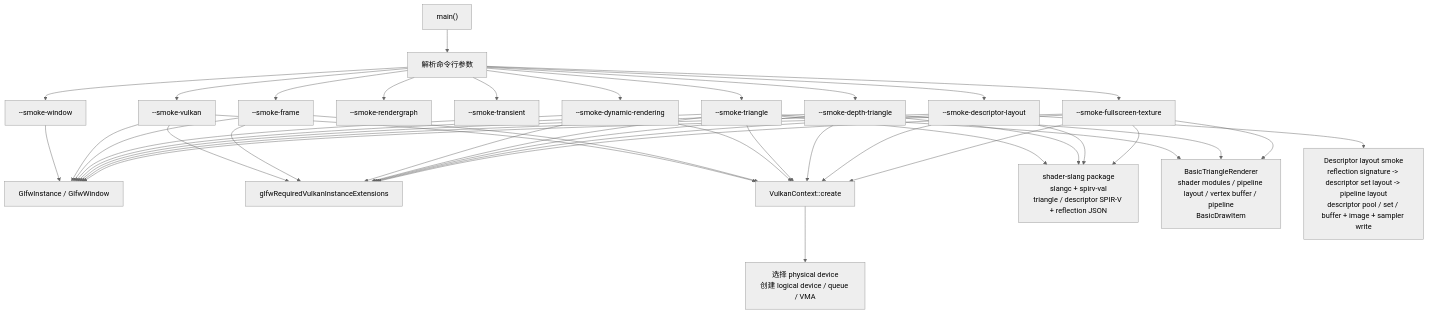
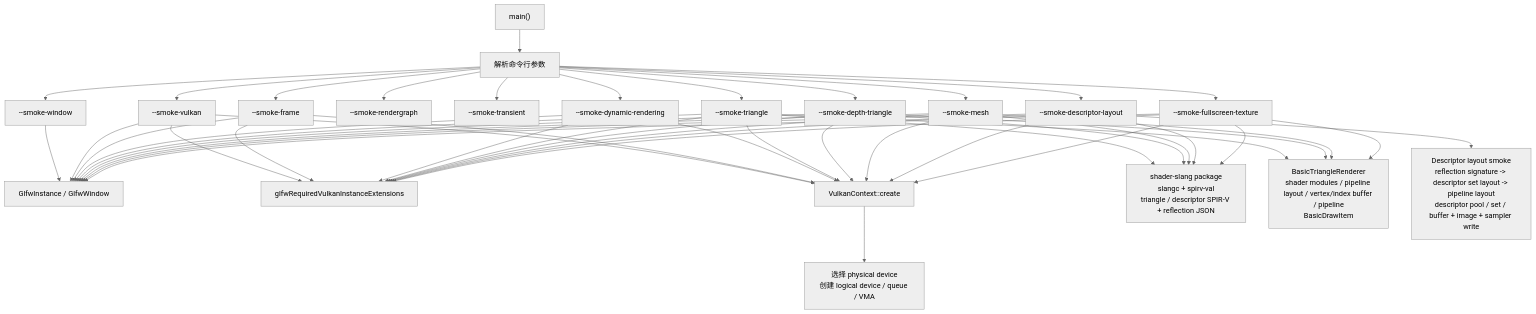
Before and after one commit to 66six11/Engine: the third of 14 diagrams in docs/flow-architecture.md, drawn with Mermaid (neutral theme). The commit also changed other lines of this file and 5 other files, not shown here.

Commit message:
feat: add indexed mesh smoke

````diff
--- a/docs/flow-architecture.md
+++ b/docs/flow-architecture.md
@@ -106,65 +106,72 @@
 ```mermaid
 flowchart TD
     Start["main()"]
     Args["解析命令行参数"]
     WindowSmoke["--smoke-window"]
     VulkanSmoke["--smoke-vulkan"]
     FrameSmoke["--smoke-frame"]
     RGSmoke["--smoke-rendergraph"]
     TransientSmoke["--smoke-transient"]
     DynamicSmoke["--smoke-dynamic-rendering"]
     TriangleSmoke["--smoke-triangle"]
     DepthTriangleSmoke["--smoke-depth-triangle"]
+    MeshSmoke["--smoke-mesh"]
     DescriptorSmoke["--smoke-descriptor-layout"]
     FullscreenTextureSmoke["--smoke-fullscreen-texture"]
     GLFW["GlfwInstance / GlfwWindow"]
     Ext["glfwRequiredVulkanInstanceExtensions"]
     Context["VulkanContext::create"]
     Device["选择 physical device<br/>创建 logical device / queue / VMA"]
     ShaderBuild["shader-slang package<br/>slangc + spirv-val<br/>triangle / descriptor SPIR-V + reflection JSON"]
-    RendererObject["BasicTriangleRenderer<br/>shader modules / pipeline layout / vertex buffer / pipeline<br/>BasicDrawItem"]
+    RendererObject["BasicTriangleRenderer<br/>shader modules / pipeline layout / vertex/index buffer / pipeline<br/>BasicDrawItem"]
     DescriptorLayout["Descriptor layout smoke<br/>reflection signature -> descriptor set layout -> pipeline layout<br/>descriptor pool / set / buffer + image + sampler write"]
 
     Start --> Args
     Args --> WindowSmoke
     Args --> VulkanSmoke
     Args --> FrameSmoke
     Args --> RGSmoke
     Args --> TransientSmoke
     Args --> DynamicSmoke
     Args --> TriangleSmoke
     Args --> DepthTriangleSmoke
+    Args --> MeshSmoke
     Args --> DescriptorSmoke
     Args --> FullscreenTextureSmoke
     WindowSmoke --> GLFW
     VulkanSmoke --> GLFW
     VulkanSmoke --> Ext
     VulkanSmoke --> Context
     FrameSmoke --> GLFW
     FrameSmoke --> Ext
     FrameSmoke --> Context
     DynamicSmoke --> GLFW
     DynamicSmoke --> Ext
     DynamicSmoke --> Context
     TriangleSmoke --> GLFW
     TriangleSmoke --> Ext
     TriangleSmoke --> Context
     TriangleSmoke --> ShaderBuild
     TriangleSmoke --> RendererObject
     DepthTriangleSmoke --> GLFW
     DepthTriangleSmoke --> Ext
     DepthTriangleSmoke --> Context
     DepthTriangleSmoke --> ShaderBuild
     DepthTriangleSmoke --> RendererObject
+    MeshSmoke --> GLFW
+    MeshSmoke --> Ext
+    MeshSmoke --> Context
+    MeshSmoke --> ShaderBuild
+    MeshSmoke --> RendererObject
     DescriptorSmoke --> GLFW
     DescriptorSmoke --> Ext
     DescriptorSmoke --> Context
     DescriptorSmoke --> ShaderBuild
     DescriptorSmoke --> DescriptorLayout
     FullscreenTextureSmoke --> GLFW
     FullscreenTextureSmoke --> Ext
     FullscreenTextureSmoke --> Context
     FullscreenTextureSmoke --> ShaderBuild
     FullscreenTextureSmoke --> RendererObject
     Context --> Device
 ```
````
